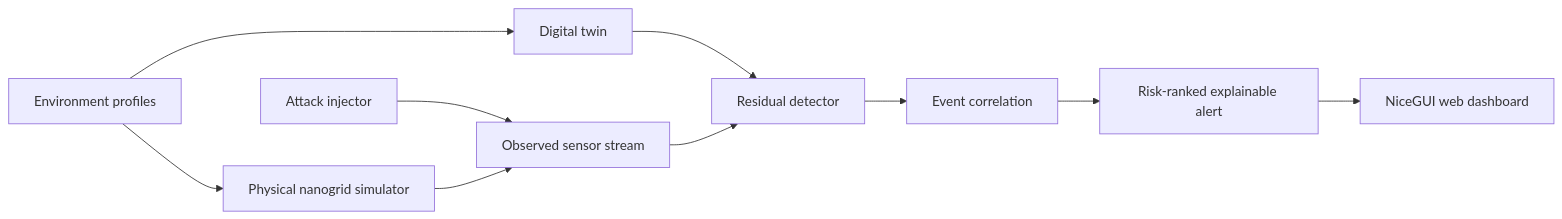
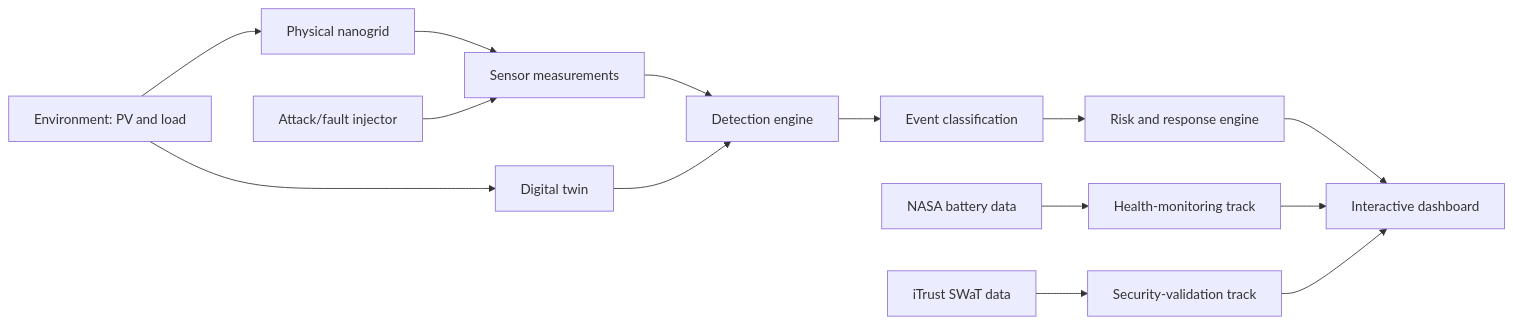
Before and after one commit to AVryonides/cps-sentinel: the diagram in docs/architecture.md, drawn with Mermaid. The commit also changed other lines of this file and 5 other files, not shown here.

````diff
--- a/docs/architecture.md
+++ b/docs/architecture.md
@@ -16,12 +16,17 @@
 ```mermaid
 flowchart LR
-    E[Environment profiles] --> P[Physical nanogrid simulator]
-    E --> T[Digital twin]
-    A[Attack injector] --> S[Observed sensor stream]
-    P --> S
-    T --> R[Residual detector]
-    S --> R
-    R --> C[Event correlation]
-    C --> L[Risk-ranked explainable alert]
-    L --> D[NiceGUI web dashboard]
+    E["Environment: PV and load"] --> P["Physical nanogrid"]
+    P --> S["Sensor measurements"]
+    A["Attack/fault injector"] --> S
+    E --> T["Digital twin"]
+    S --> D["Detection engine"]
+    T --> D
+    D --> C["Event classification"]
+    C --> R["Risk and response engine"]
+    R --> UI["Interactive dashboard"]
+
+    NASA["NASA battery data"] --> H["Health-monitoring track"]
+    SWAT["iTrust SWaT data"] --> X["Security-validation track"]
+    H --> UI
+    X --> UI
 ```
````
